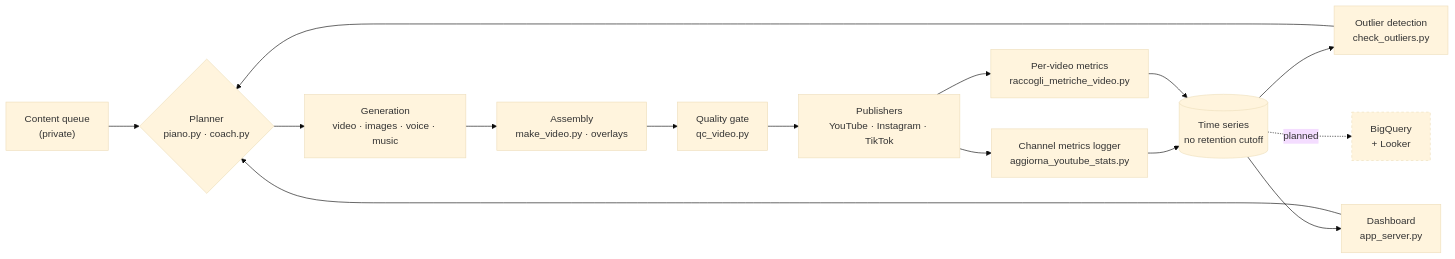
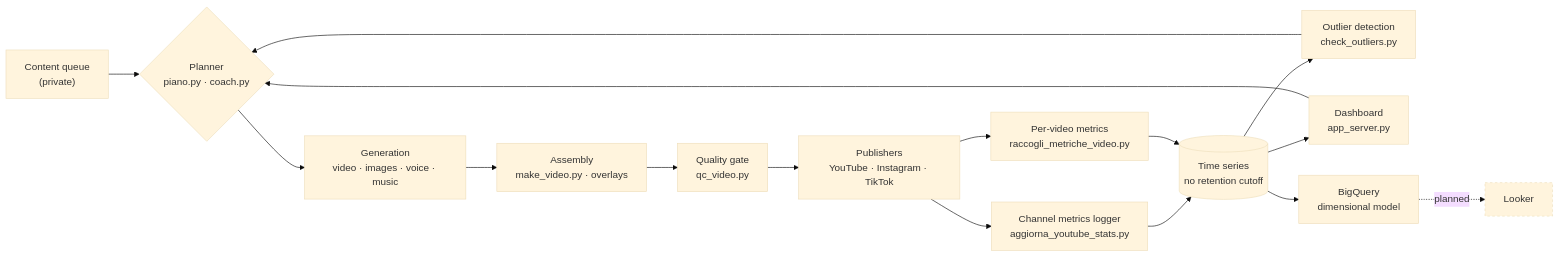
Before and after one commit to matteobalducci/calciovich-content-pipeline: the diagram in README.md, drawn with Mermaid (base theme). The commit also changed other lines of this file and 16 other files, not shown here.

````diff
--- a/README.md
+++ b/README.md
@@ -31,18 +32,19 @@
 ```mermaid
 flowchart LR
   Q["Content queue<br/>(private)"] --> P{"Planner<br/>piano.py · coach.py"}
   P --> G["Generation<br/>video · images · voice · music"]
   G --> A["Assembly<br/>make_video.py · overlays"]
   A --> QC["Quality gate<br/>qc_video.py"]
   QC --> PUB["Publishers<br/>YouTube · Instagram · TikTok"]
   PUB --> M["Channel metrics logger<br/>aggiorna_youtube_stats.py"]
   PUB --> M2["Per-video metrics<br/>raccogli_metriche_video.py"]
   M --> TS[("Time series<br/>no retention cutoff")]
   M2 --> TS
   TS --> OUT["Outlier detection<br/>check_outliers.py"]
   TS --> DASH["Dashboard<br/>app_server.py"]
   OUT --> P
   DASH --> P
-  TS -.planned.-> BQ["BigQuery<br/>+ Looker"]
-  style BQ stroke-dasharray: 4 4
+  TS --> BQ["BigQuery<br/>dimensional model"]
+  BQ -.planned.-> LK["Looker"]
+  style LK stroke-dasharray: 4 4
 ```
````
